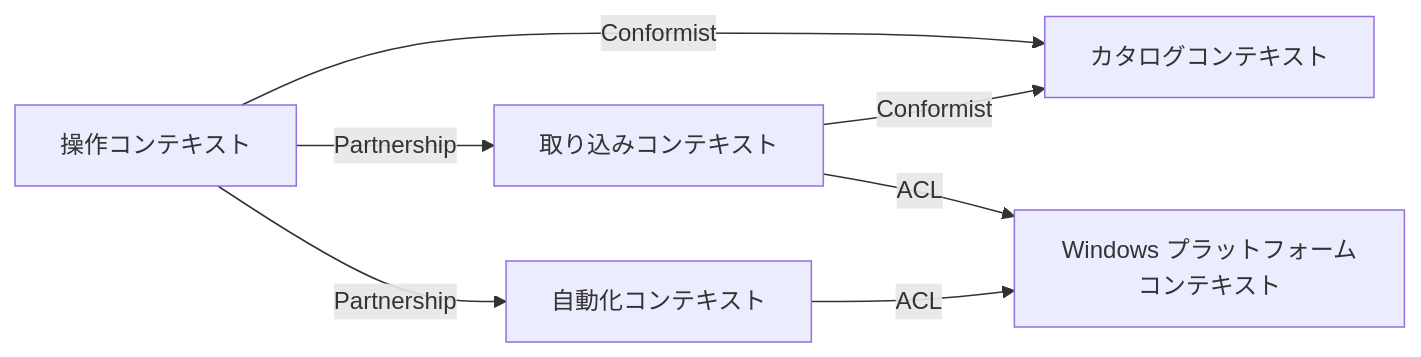
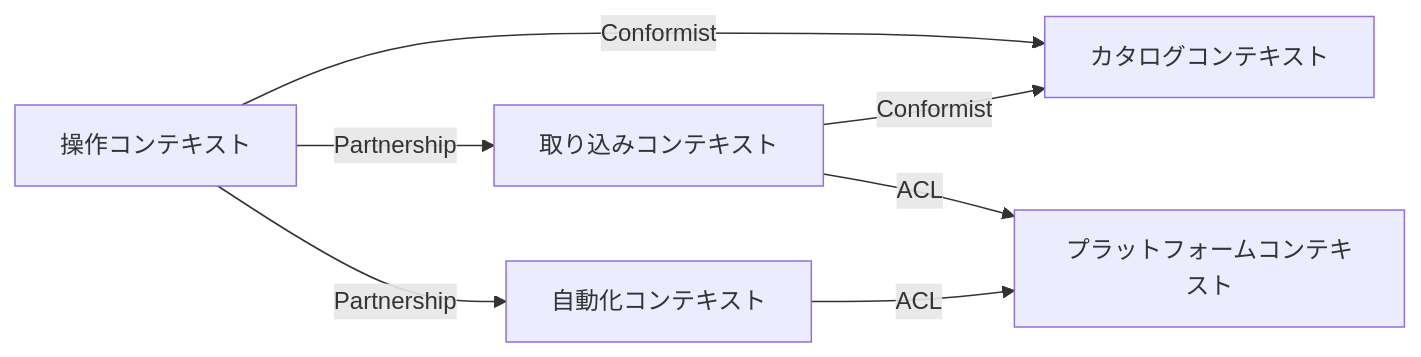
The diagram in docs/architecture/03_domain_and_data/context-map.md (puuuii/Jubako), drawn with Mermaid before and after one commit. The commit also changed other lines of this file and 25 other files, not shown here.

````diff
--- a/docs/architecture/03_domain_and_data/context-map.md
+++ b/docs/architecture/03_domain_and_data/context-map.md
@@ -9,15 +9,15 @@
 ```mermaid
 flowchart LR
     Interaction[操作コンテキスト]
     Capture[取り込みコンテキスト]
     Catalog[カタログコンテキスト]
     Automation[自動化コンテキスト]
-    WindowsPlatform[Windows プラットフォームコンテキスト]
+    Platform[プラットフォームコンテキスト]
 
     Interaction -- "Partnership" --> Capture
     Interaction -- "Conformist" --> Catalog
     Capture -- "Conformist" --> Catalog
     Interaction -- "Partnership" --> Automation
-    Capture -- "ACL" --> WindowsPlatform
-    Automation -- "ACL" --> WindowsPlatform
+    Capture -- "ACL" --> Platform
+    Automation -- "ACL" --> Platform
 ```
````
